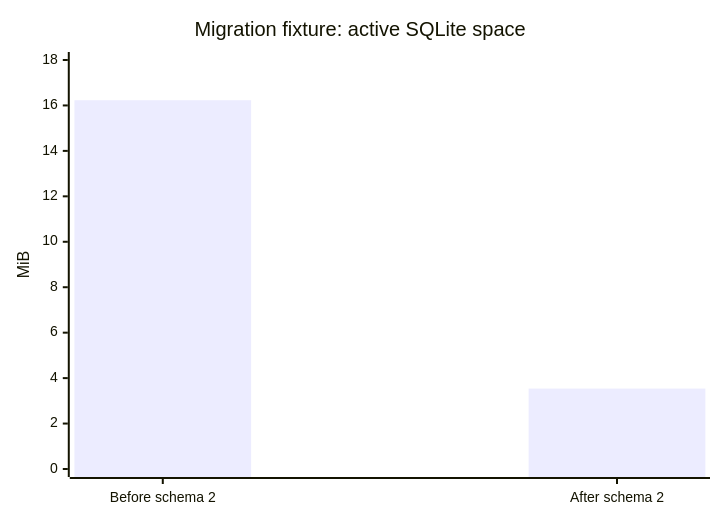
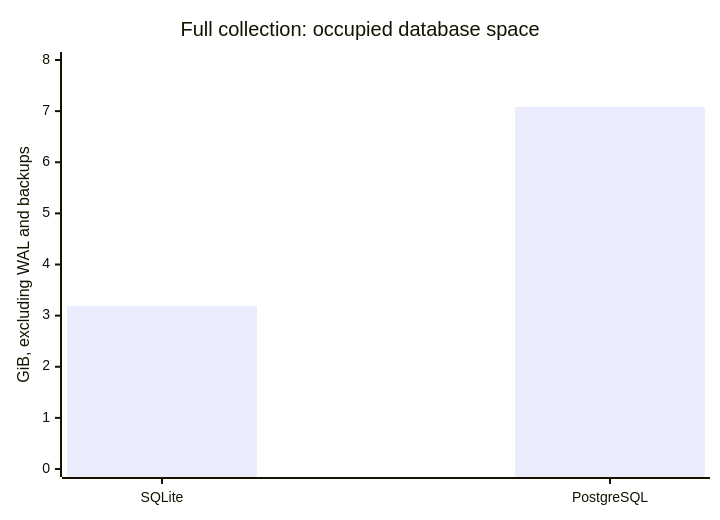
One commit to dmoo500/audio-fingerprint-server changed the diagram in docs/benchmarks.md. Above: the diagram before and after it, drawn with Mermaid. The commit also changed other lines of this file and 52 other files, not shown here.

Commit message:
Add reversible PostgreSQL storage and scalable recognition APIs

````diff
--- a/docs/benchmarks.md
+++ b/docs/benchmarks.md
@@ -19,7 +26,7 @@
 ```mermaid
 xychart-beta
-    title "Migration fixture: active SQLite space"
-    x-axis ["Before schema 2", "After schema 2"]
-    y-axis "MiB" 0 --> 18
-    bar [16.23, 3.54]
+    title "Full collection: occupied database space"
+    x-axis ["SQLite", "PostgreSQL"]
+    y-axis "GiB, excluding WAL and backups" 0 --> 8
+    bar [3.189, 7.083]
 ```
````
